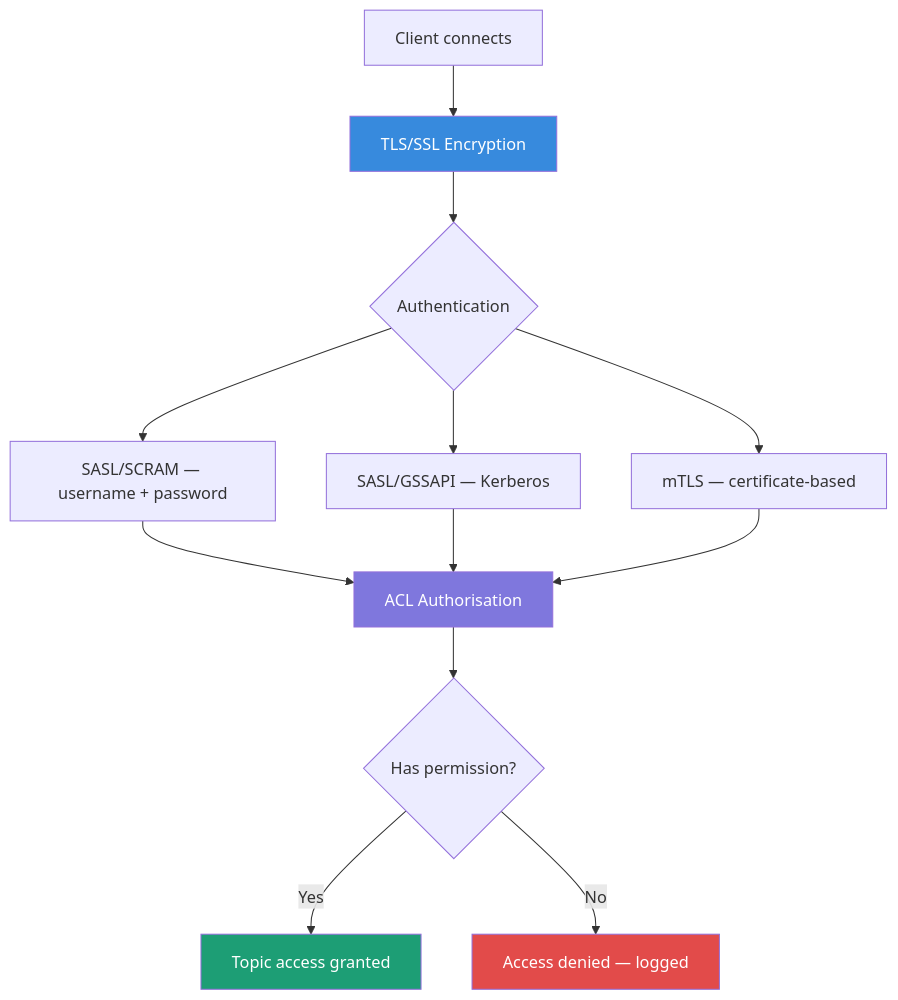
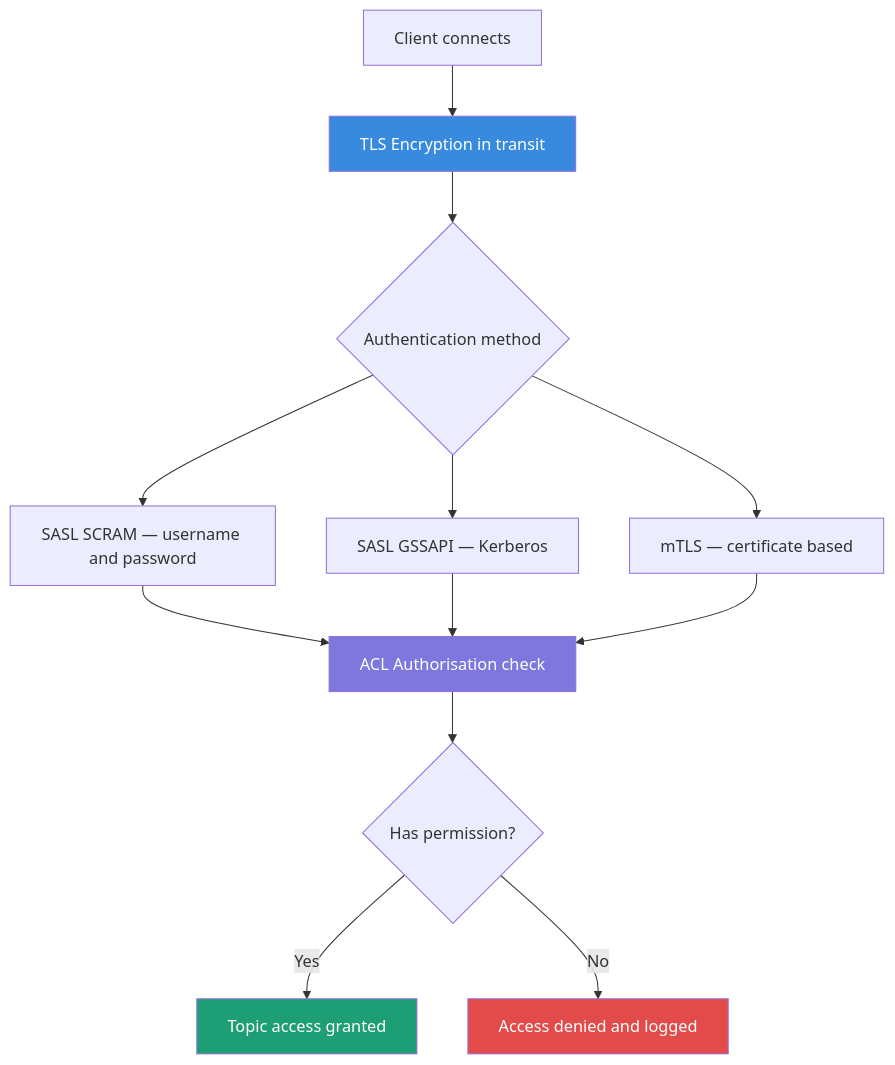
Diagram 13 of 18 in kakfa/kafka_best_practices.md (rahulsaxena23-code/best-practice), drawn with Mermaid before and after one commit. The commit also changed other lines of this file, not shown here.

````diff
--- a/kakfa/kafka_best_practices.md
+++ b/kakfa/kafka_best_practices.md
@@ -813,19 +723,19 @@
 ```mermaid
-graph TD
-    A[Client connects] --> B[TLS/SSL Encryption]
-    B --> C{Authentication}
-    C --> D[SASL/SCRAM — username + password]
-    C --> E[SASL/GSSAPI — Kerberos]
-    C --> F[mTLS — certificate-based]
-    D --> G[ACL Authorisation]
+flowchart TD
+    A[Client connects] --> B[TLS Encryption in transit]
+    B --> C{Authentication method}
+    C --> D[SASL SCRAM — username and password]
+    C --> E[SASL GSSAPI — Kerberos]
+    C --> F[mTLS — certificate based]
+    D --> G[ACL Authorisation check]
     E --> G
     F --> G
     G --> H{Has permission?}
     H -- Yes --> I[Topic access granted]
-    H -- No --> J[Access denied — logged]
+    H -- No --> J[Access denied and logged]
 
     style B fill:#378ADD,color:#fff
     style G fill:#7F77DD,color:#fff
     style I fill:#1D9E75,color:#fff
     style J fill:#E24B4A,color:#fff
 ```
````
